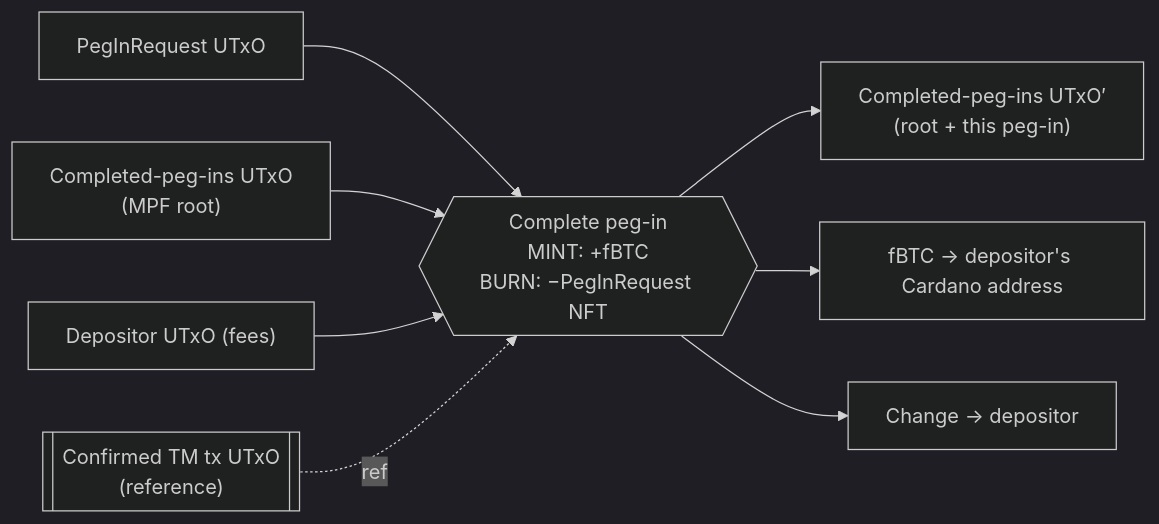
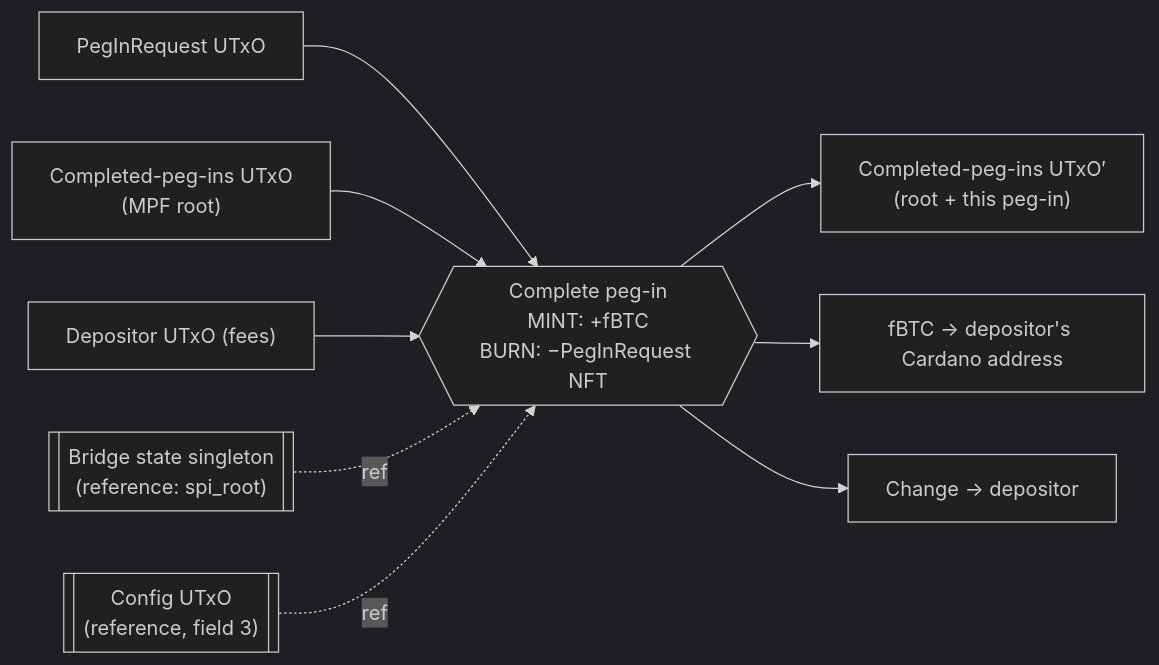
Before and after one commit to rssh/ft-bifrost-bridge: diagram 16 of 20 in documentation/technical_documentation.md, drawn with Mermaid (dark theme). The commit also changed other lines of this file, not shown here.

First line of the commit message:
docs(spec): fold rev 5.4, the bridge state singleton, into the spec

````diff
--- a/documentation/technical_documentation.md
+++ b/documentation/technical_documentation.md
@@ -2156,10 +2467,11 @@
 ```mermaid
 flowchart LR
   pir["PegInRequest UTxO"] --> tx{{"Complete peg-in<br/>MINT: +fBTC<br/>BURN: −PegInRequest NFT"}}
   cpi_in["Completed-peg-ins UTxO<br/>(MPF root)"] --> tx
   dep["Depositor UTxO (fees)"] --> tx
-  conf_ref[["Confirmed TM tx UTxO<br/>(reference)"]] -. ref .-> tx
+  bss_ref[["Bridge state singleton<br/>(reference: spi_root)"]] -. ref .-> tx
+  cfg_ref[["Config UTxO<br/>(reference, field 3)"]] -. ref .-> tx
   tx --> cpi_out["Completed-peg-ins UTxO′<br/>(root + this peg-in)"]
   tx --> fbtc["fBTC → depositor's Cardano address"]
   tx --> change["Change → depositor"]
 ```
````
